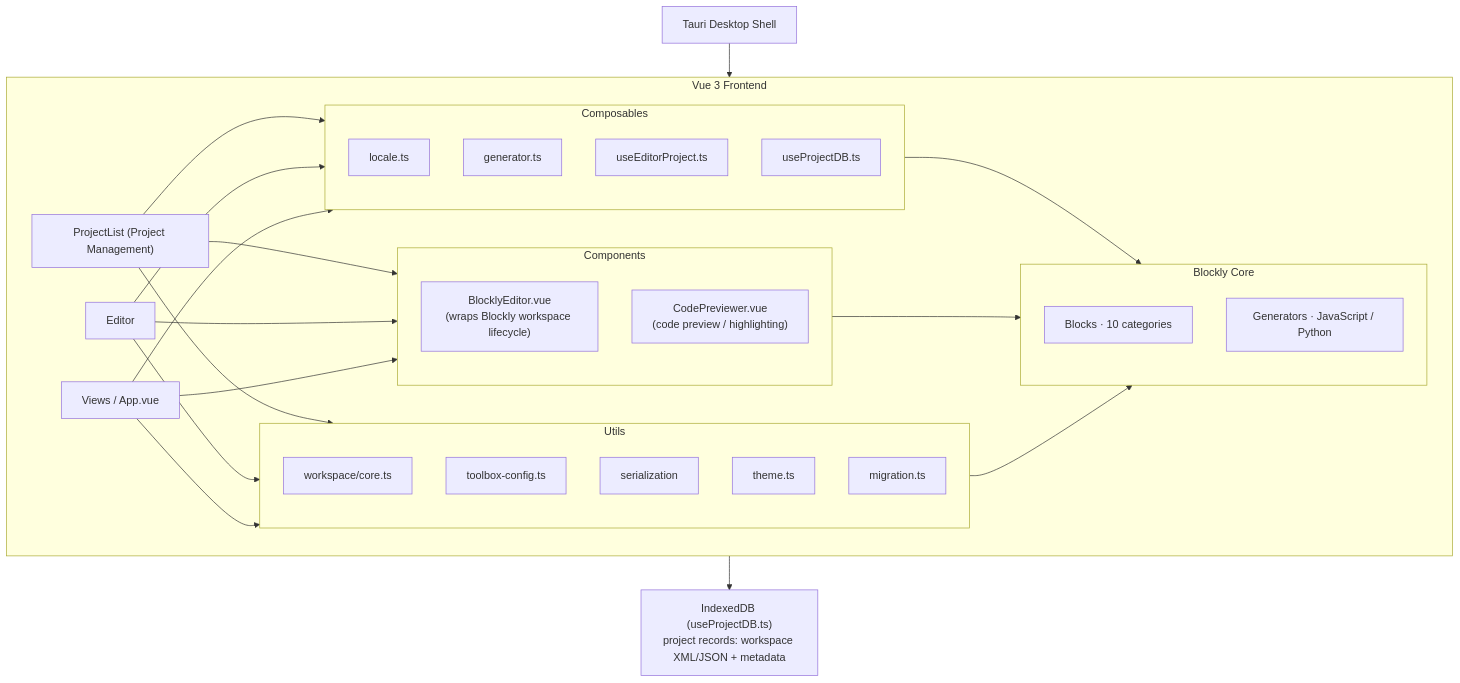
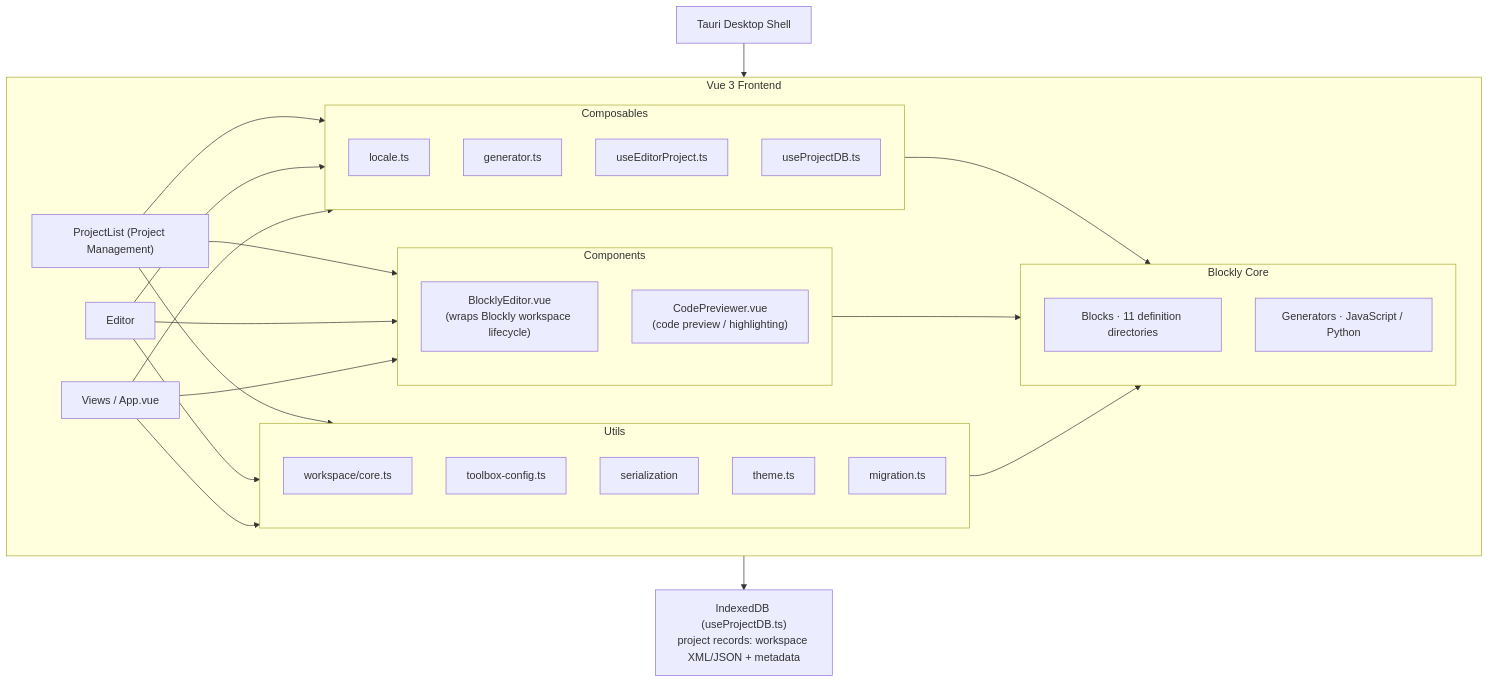
Before and after one commit to P02-1010751281/CipherCat: the diagram in docs/guides/ARCHITECTURE.en.md, drawn with Mermaid. The commit also changed other lines of this file and 81 other files, not shown here.

````diff
--- a/docs/guides/ARCHITECTURE.en.md
+++ b/docs/guides/ARCHITECTURE.en.md
@@ -6,44 +6,44 @@
 ```mermaid
 flowchart TB
     TAURI["Tauri Desktop Shell"]
     subgraph VUE["Vue 3 Frontend"]
         PL["ProjectList (Project Management)"]
         ED["Editor"]
         VA["Views / App.vue"]
         subgraph COMP["Components"]
             BEV["BlocklyEditor.vue<br/>(wraps Blockly workspace lifecycle)"]
             CPV["CodePreviewer.vue<br/>(code preview / highlighting)"]
         end
         subgraph CMPO["Composables"]
             LC["locale.ts"]
             GT["generator.ts"]
             UEP["useEditorProject.ts"]
             UPD["useProjectDB.ts"]
         end
         subgraph UTL["Utils"]
             WC["workspace/core.ts"]
             TC["toolbox-config.ts"]
             SZ["serialization"]
             TH["theme.ts"]
             MG["migration.ts"]
         end
         subgraph BLK["Blockly Core"]
-            BKS["Blocks · 10 categories"]
+            BKS["Blocks · 11 definition directories"]
             GNS["Generators · JavaScript / Python"]
         end
         PL --> CMPO
         ED --> CMPO
         VA --> CMPO
         PL --> COMP
         ED --> COMP
         VA --> COMP
         PL --> UTL
         ED --> UTL
         VA --> UTL
         CMPO --> BLK
         COMP --> BLK
         UTL --> BLK
     end
     TAURI --> VUE
     VUE --> IDB["IndexedDB (useProjectDB.ts)<br/>project records: workspace XML/JSON + metadata"]
 ```
````
